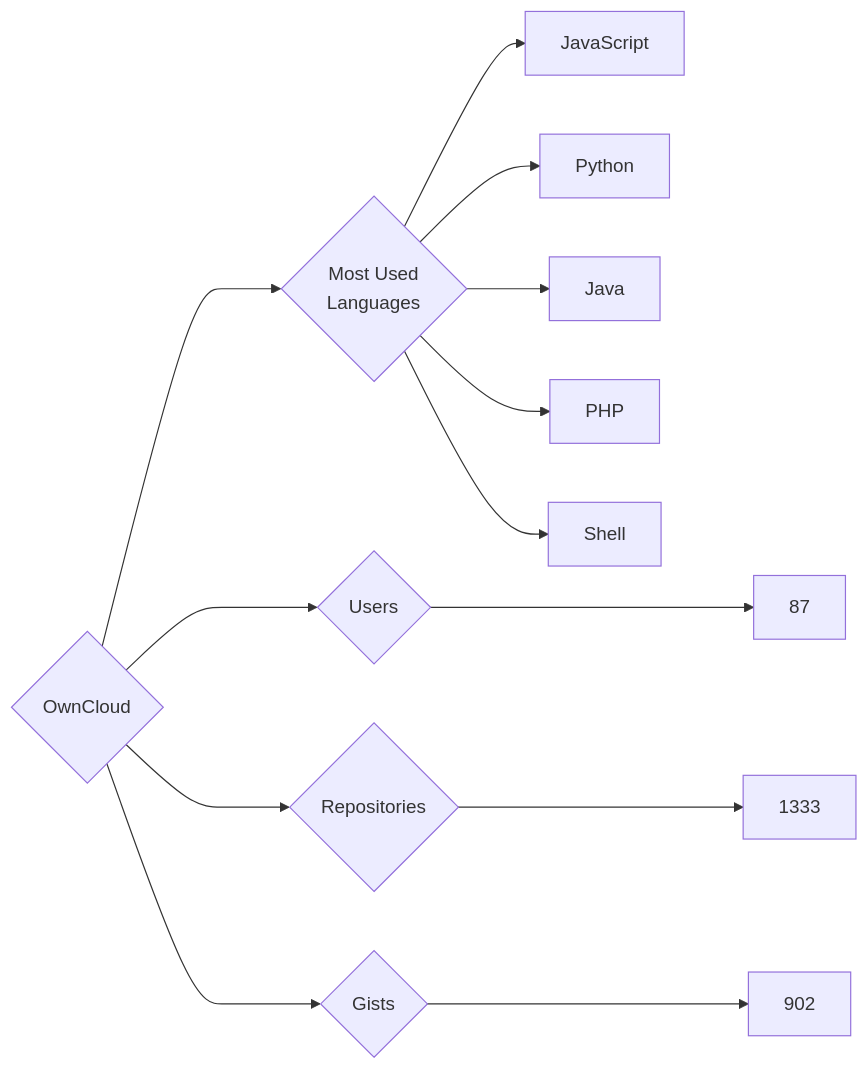
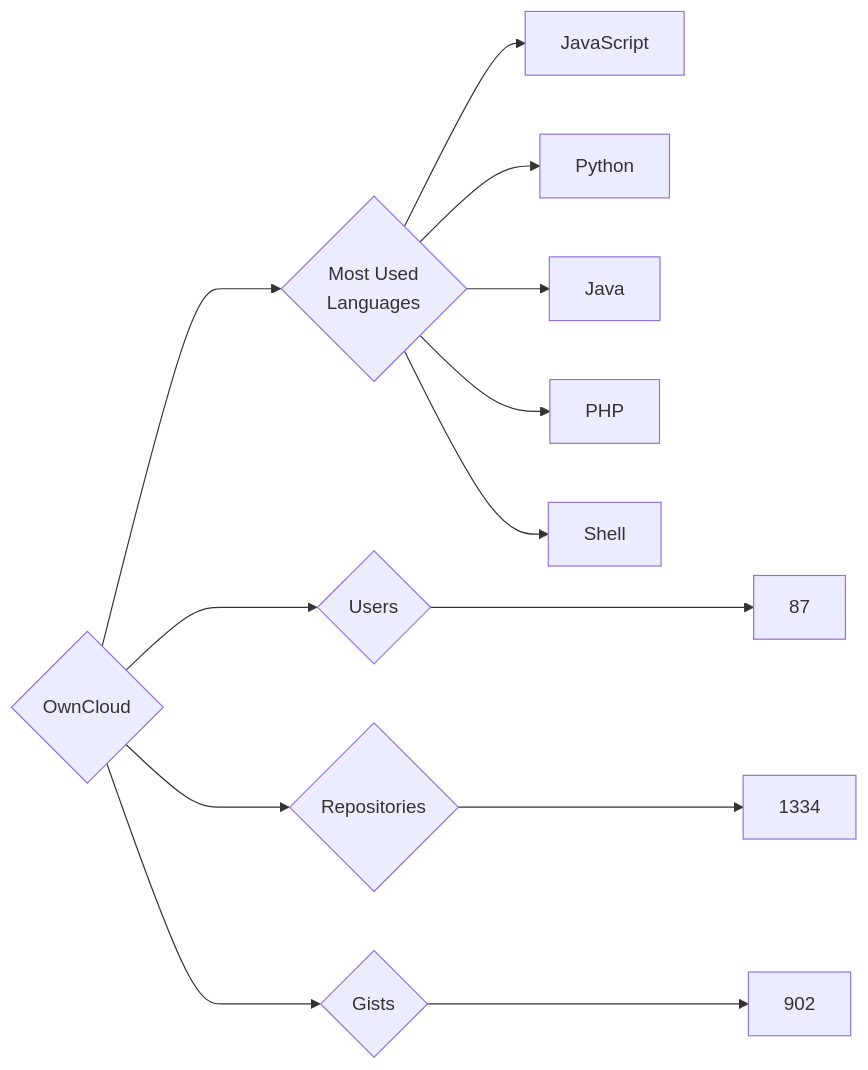
One commit to trickest/insiders changed the diagram in targets/OwnCloud/README.md. Above: the diagram before and after it, drawn with Mermaid. The commit also changed 964 other files, not shown here.

````diff
--- a/targets/OwnCloud/README.md
+++ b/targets/OwnCloud/README.md
@@ -3,13 +3,13 @@
 ```mermaid
 graph LR
 COMPANY_NAME{OwnCloud}
 COMPANY_NAME ---> U{Users} ---> UN[87]
-COMPANY_NAME ---> R{Repositories} ---> RN[1333]
+COMPANY_NAME ---> R{Repositories} ---> RN[1334]
 COMPANY_NAME ---> G{Gists} ---> GN[902]
 COMPANY_NAME ---> ML{Most Used<br>Languages}
 ML --> JavaScript[JavaScript]
 ML --> Python[Python]
 ML --> Java[Java]
 ML --> PHP[PHP]
 ML --> Shell[Shell]
 ```
````
